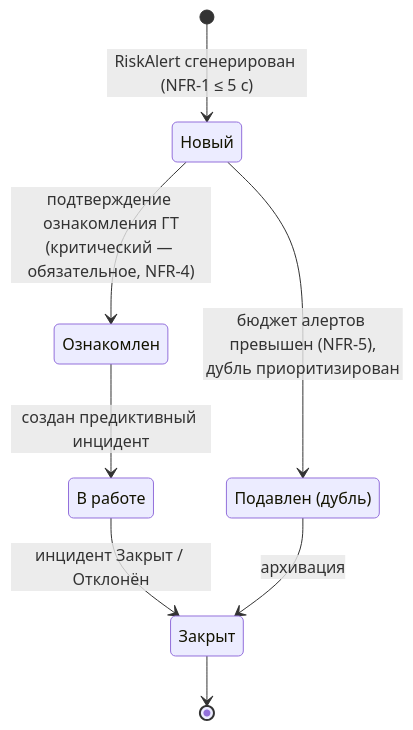
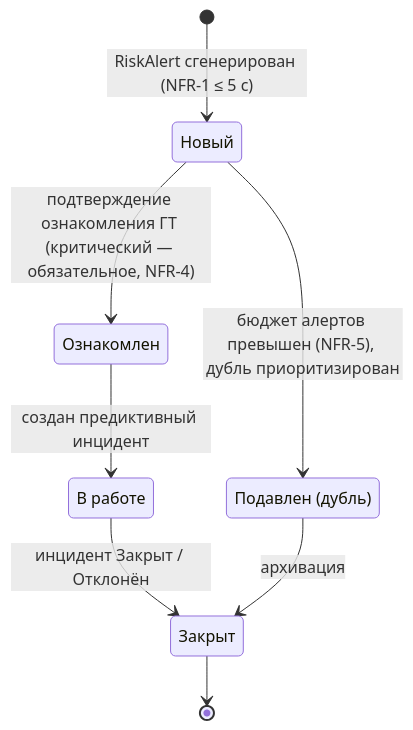
Before and after one commit to igorvolk1961/water_checker: the first of 4 diagrams in docs/system_analysis/diagrams/state_incident_alert_task.md, drawn with Mermaid. The commit also changed other lines of this file and 4 other files, not shown here.

Commit message:
Simplify mermaid labels in sequence/state diagrams to avoid parser tokens (semicolon, br tag)

````diff
--- a/docs/system_analysis/diagrams/state_incident_alert_task.md
+++ b/docs/system_analysis/diagrams/state_incident_alert_task.md
@@ -8,15 +8,15 @@
 ```mermaid
 stateDiagram-v2
     state "Новый" as A1
     state "Ознакомлен" as A2
     state "В работе" as A3
     state "Закрыт" as A4
     state "Подавлен (дубль)" as A5
     [*] --> A1 : RiskAlert сгенерирован (NFR-1 ≤ 5 с)
-    A1 --> A2 : подтверждение ознакомления ГТ<br/>(критический — обязательное, NFR-4)
+    A1 --> A2 : подтверждение ознакомления ГТ (критический — обязательное, NFR-4)
     A2 --> A3 : создан предиктивный инцидент
     A3 --> A4 : инцидент Закрыт / Отклонён
-    A1 --> A5 : бюджет алертов превышен (NFR-5),<br/>дубль приоритизирован
+    A1 --> A5 : бюджет алертов превышен (NFR-5), дубль приоритизирован
     A5 --> A4 : архивация
     A4 --> [*]
 ```
````
